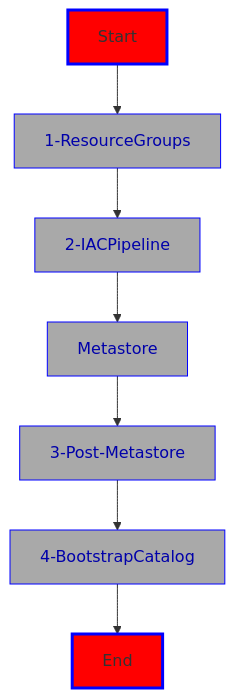
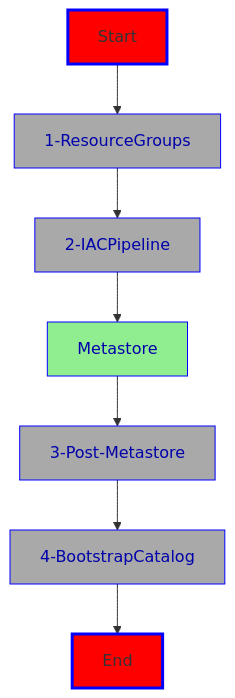
The diagram in iac-adb-360/README.md (Azure/Databricks360), drawn with Mermaid before and after one commit.

Commit message:
changed metastore to lightgreen

````diff
--- a/iac-adb-360/README.md
+++ b/iac-adb-360/README.md
@@ -14,17 +14,17 @@
 ```mermaid
 flowchart TD
 Start --> 1-ResourceGroups
 style Start fill:red,stroke:blue,stroke-width:3px,shadow:shadow
 1-ResourceGroups --> 2-IACPipeline
 style 1-ResourceGroups fill:darkgray,stroke:blue,stroke-witdth:3px,shadow:shadow,color:#0000aa
 2-IACPipeline --> Metastore
 style 2-IACPipeline fill:darkgray,stroke:blue,stroke-witdth:3px,shadow:shadow,color:#0000aa
 Metastore --> 3-Post-Metastore
-style Metastore fill:darkgray,stroke:blue,stroke-witdth:3px,shadow:shadow,color:#0000aa
+style Metastore fill:lightgreen,stroke:blue,stroke-witdth:3px,shadow:shadow,color:#0000aa
 3-Post-Metastore --> 4-BootstrapCatalog
 style 3-Post-Metastore fill:darkgray,stroke:blue,stroke-witdth:3px,shadow:shadow,color:#0000aa
 4-BootstrapCatalog --> End
 style 4-BootstrapCatalog fill:darkgray,stroke:blue,stroke-witdth:3px,shadow:shadow,color:#0000aa
 style End fill:red,stroke:blue,stroke-width:3px,shadow:shadow
 
 ```
````
